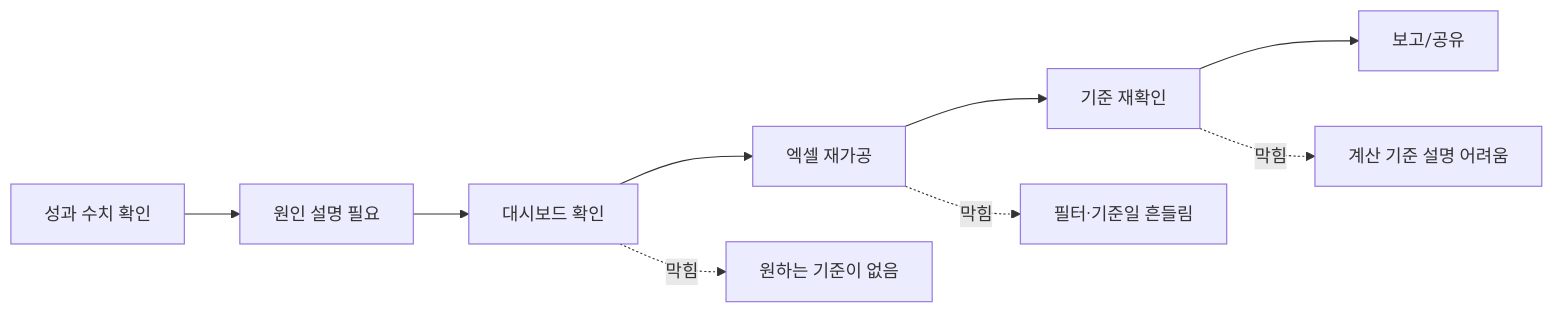
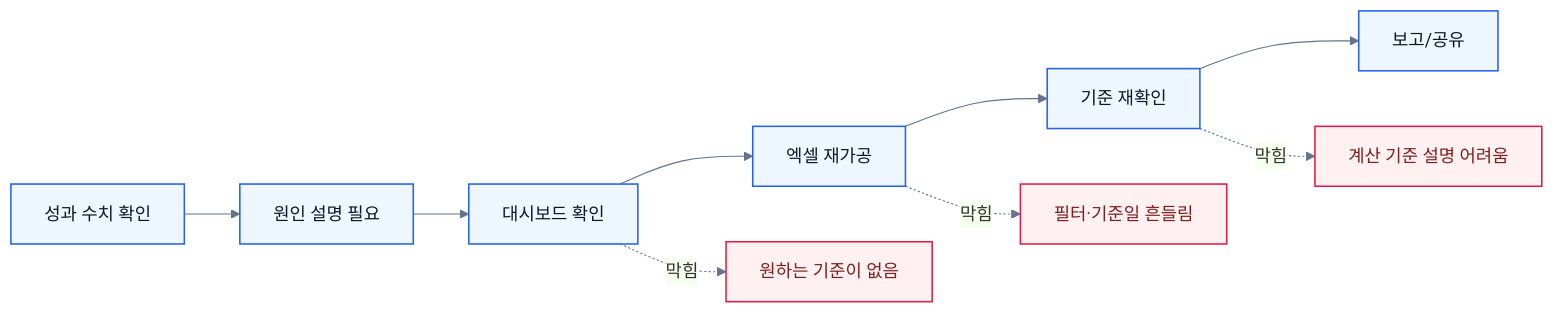
The first of 5 diagrams in docs/elevator_speech.md (26-ewha-capstone-logue/logue), drawn with Mermaid before and after one commit. The commit also changed other lines of this file, not shown here.

````diff
--- a/docs/elevator_speech.md
+++ b/docs/elevator_speech.md
@@ -25,12 +25,18 @@
 ```mermaid
+%%{init: {"theme": "base", "themeVariables": {"fontFamily": "Pretendard, Inter, sans-serif", "primaryColor": "#EEF6FF", "primaryBorderColor": "#2563EB", "lineColor": "#64748B", "textColor": "#0F172A"}}}%%
 flowchart LR
     A[성과 수치 확인] --> B[원인 설명 필요]
     B --> C[대시보드 확인]
     C --> D[엑셀 재가공]
     D --> E[기준 재확인]
     E --> F[보고/공유]
 
     C -. 막힘 .-> C1[원하는 기준이 없음]
     D -. 막힘 .-> D1[필터·기준일 흔들림]
     E -. 막힘 .-> E1[계산 기준 설명 어려움]
+
+    classDef work fill:#EEF6FF,stroke:#2563EB,color:#0F172A,stroke-width:1.4px;
+    classDef pain fill:#FFF1F2,stroke:#E11D48,color:#7F1D1D,stroke-width:1.4px;
+    class A,B,C,D,E,F work;
+    class C1,D1,E1 pain;
 ```
````
